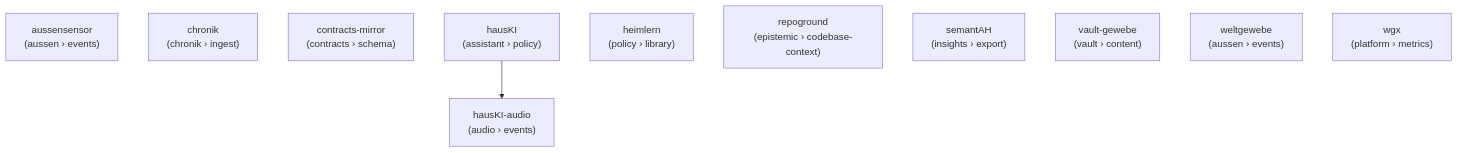
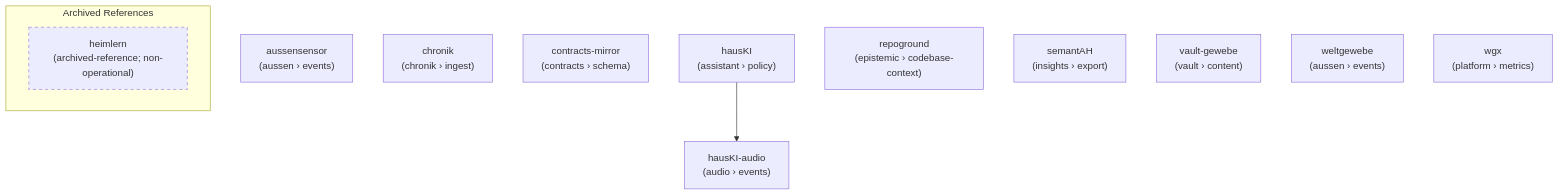
The diagram in docs/org-graph.mmd (heimgewebe/metarepo), drawn with Mermaid before and after one commit. The commit also changed 35 other files, not shown here.

Commit message:
chore: archive Heimlern fleet references

```diff
--- a/docs/org-graph.mmd
+++ b/docs/org-graph.mmd
@@ -1,15 +1,18 @@
 %% Org dependency graph
 %% Generated by scripts/generate_org_assets.py; do not edit manually.
 graph TD
     aussensensor["aussensensor\n(aussen › events)"]
     chronik["chronik\n(chronik › ingest)"]
     contracts_mirror["contracts-mirror\n(contracts › schema)"]
     hausKI["hausKI\n(assistant › policy)"]
     hausKI_audio["hausKI-audio\n(audio › events)"]
-    heimlern["heimlern\n(policy › library)"]
     repoground["repoground\n(epistemic › codebase-context)"]
     semantAH["semantAH\n(insights › export)"]
     vault_gewebe["vault-gewebe\n(vault › content)"]
     weltgewebe["weltgewebe\n(aussen › events)"]
     wgx["wgx\n(platform › metrics)"]
     hausKI --> hausKI_audio
+    subgraph archived_references["Archived References"]
+        archived_heimlern["heimlern\n(archived-reference; non-operational)"]
+        style archived_heimlern stroke-dasharray: 5 5
+    end
```
